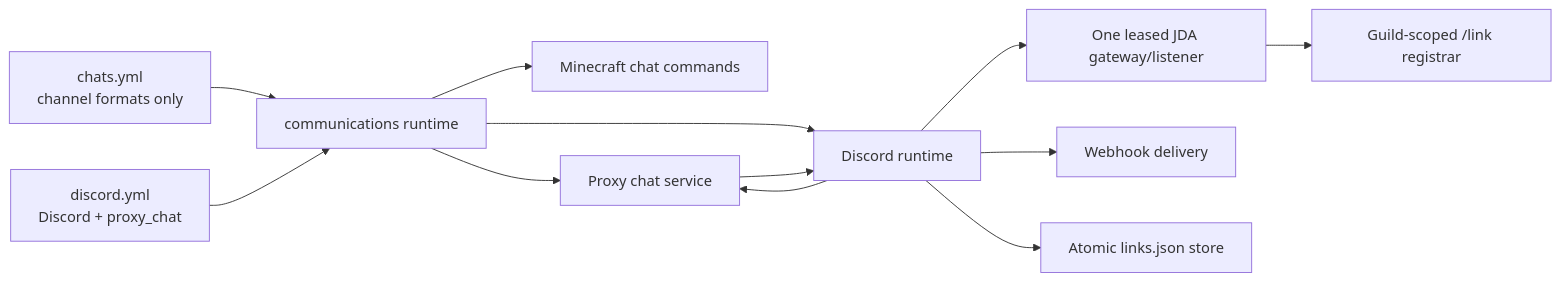
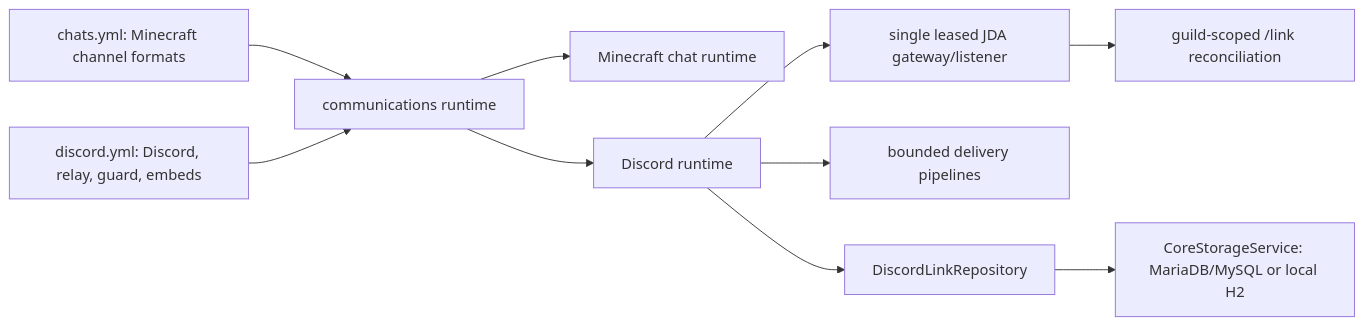
One commit to TensaCraft/TensaPlugin changed the diagram in docs/PLUGIN_AUDIT.md. Above: the diagram before and after it, drawn with Mermaid. The commit also changed other lines of this file and 13 other files, not shown here.

````diff
--- a/docs/PLUGIN_AUDIT.md
+++ b/docs/PLUGIN_AUDIT.md
@@ -35,14 +35,12 @@
 ```mermaid
 flowchart LR
-    CY["chats.yml<br/>channel formats only"] --> CM["communications runtime"]
-    DY["discord.yml<br/>Discord + proxy_chat"] --> CM
-    CM --> CC["Minecraft chat commands"]
-    CM --> PC["Proxy chat service"]
+    CY["chats.yml: Minecraft channel formats"] --> CM["communications runtime"]
+    DY["discord.yml: Discord, relay, guard, embeds"] --> CM
+    CM --> CHAT["Minecraft chat runtime"]
     CM --> DR["Discord runtime"]
-    DR --> JDA["One leased JDA gateway/listener"]
-    DR --> WH["Webhook delivery"]
-    DR --> LS["Atomic links.json store"]
-    JDA --> SC["Guild-scoped /link registrar"]
-    PC --> DR
-    DR --> PC
+    DR --> GW["single leased JDA gateway/listener"]
+    DR --> PIPE["bounded delivery pipelines"]
+    DR --> REPO["DiscordLinkRepository"]
+    REPO --> CORE["CoreStorageService: MariaDB/MySQL or local H2"]
+    GW --> SLASH["guild-scoped /link reconciliation"]
 ```
````
